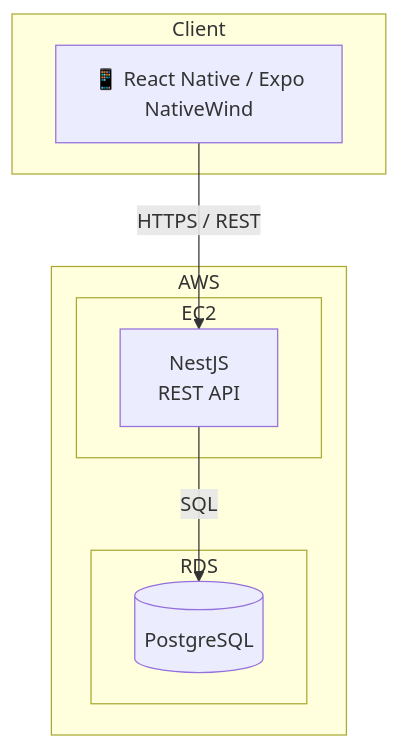
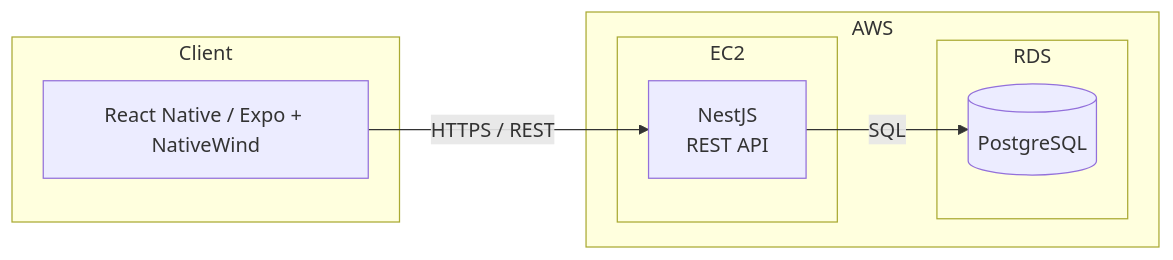
The diagram in docs/アーキテクチャ.md (takahashi-toshiya/kakeibo), drawn with Mermaid before and after one commit. The commit also changed 2 other files, not shown here.

Commit message:
Add DB design and feature list

````diff
--- a/docs/アーキテクチャ.md
+++ b/docs/アーキテクチャ.md
@@ -3,18 +3,18 @@
 ```mermaid
-graph TD
+graph LR
     subgraph Client
-        A[📱 React Native / Expo<br/>NativeWind]
+        A[React Native / Expo + NativeWind]
     end
 
     subgraph AWS
         subgraph EC2
             B[NestJS<br/>REST API]
         end
         subgraph RDS
             C[(PostgreSQL)]
         end
     end
 
     A -- HTTPS / REST --> B
     B -- SQL --> C
 ```
````
